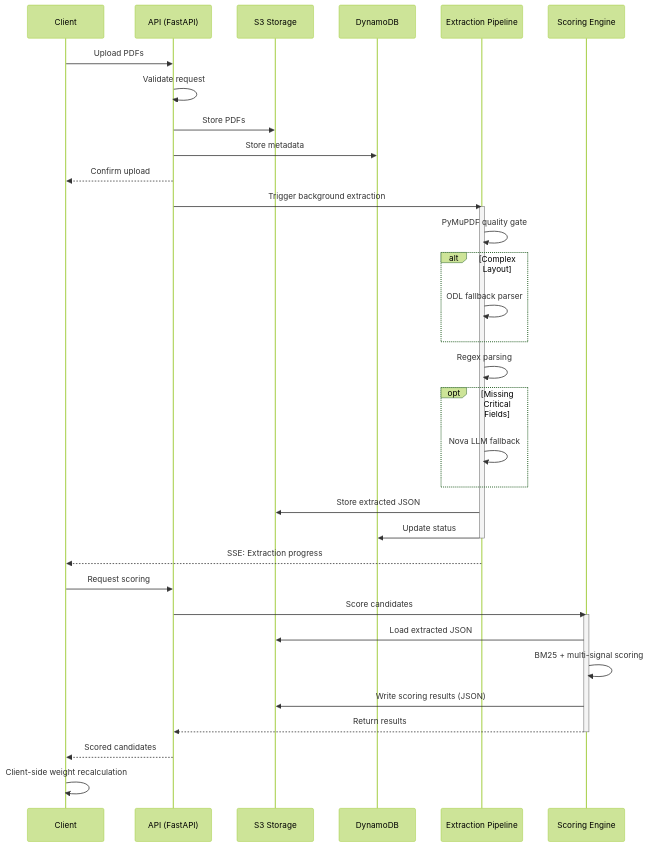
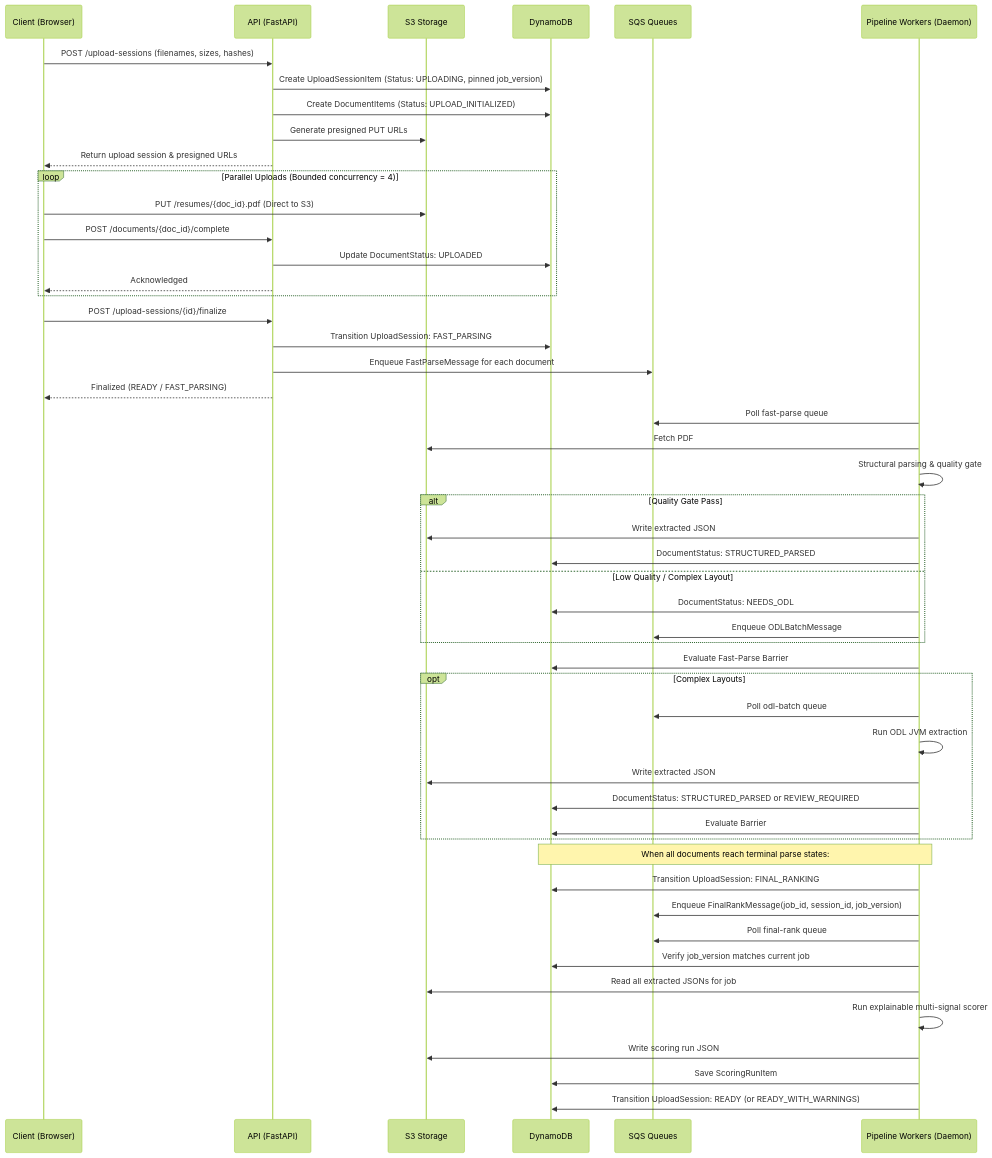
The diagram in docs/v2-release/ARCHITECTURE.md (SGOD-pro/resume_ranker), drawn with Mermaid (forest theme) before and after one commit. The commit also changed other lines of this file and 29 other files, not shown here.

Commit message:
new architecture, but bug

````diff
--- a/docs/v2-release/ARCHITECTURE.md
+++ b/docs/v2-release/ARCHITECTURE.md
@@ -40,48 +49,64 @@
 ```mermaid
 sequenceDiagram
-    participant C as Client
+    participant C as Client (Browser)
     participant A as API (FastAPI)
     participant S3 as S3 Storage
     participant DB as DynamoDB
-    participant E as Extraction Pipeline
-    participant Sc as Scoring Engine
+    participant Q as SQS Queues
+    participant W as Pipeline Workers (Daemon)
 
-    %% 1. Upload
-    C->>A: Upload PDFs
-    A->>A: Validate request
-    A->>S3: Store PDFs
-    A->>DB: Store metadata
-    A-->>C: Confirm upload
+    %% 1. Direct Presigned Upload Session
+    C->>A: POST /upload-sessions (filenames, sizes, hashes)
+    A->>DB: Create UploadSessionItem (Status: UPLOADING, pinned job_version)
+    A->>DB: Create DocumentItems (Status: UPLOAD_INITIALIZED)
+    A->>S3: Generate presigned PUT URLs
+    A-->>C: Return upload session & presigned URLs
 
-    %% 2. Background Extraction
-    A->>E: Trigger background extraction
-    activate E
-    E->>E: PyMuPDF quality gate
-    alt Complex Layout
-        E->>E: ODL fallback parser
+    %% 2. Direct S3 Upload & Completion
+    loop Parallel Uploads (Bounded concurrency = 4)
+        C->>S3: PUT /resumes/{doc_id}.pdf (Direct to S3)
+        C->>A: POST /documents/{doc_id}/complete
+        A->>DB: Update DocumentStatus: UPLOADED
+        A-->>C: Acknowledged
     end
-    E->>E: Regex parsing
-    opt Missing Critical Fields
-        E->>E: Nova LLM fallback
+
+    %% 3. Finalize & Stage 1 Queueing
+    C->>A: POST /upload-sessions/{id}/finalize
+    A->>DB: Transition UploadSession: FAST_PARSING
+    A->>Q: Enqueue FastParseMessage for each document
+    A-->>C: Finalized (READY / FAST_PARSING)
+
+    %% 4. Stage 1: Fast Parse Worker
+    W->>Q: Poll fast-parse queue
+    W->>S3: Fetch PDF
+    W->>W: Structural parsing & quality gate
+    alt Quality Gate Pass
+        W->>S3: Write extracted JSON
+        W->>DB: DocumentStatus: STRUCTURED_PARSED
+    else Low Quality / Complex Layout
+        W->>DB: DocumentStatus: NEEDS_ODL
+        W->>Q: Enqueue ODLBatchMessage
     end
-    E->>S3: Store extracted JSON
-    E->>DB: Update status
-    deactivate E
-    
-    %% SSE update
-    E-->>C: SSE: Extraction progress
+    W->>DB: Evaluate Fast-Parse Barrier
 
-    %% 3. Scoring
-    C->>A: Request scoring
-    A->>Sc: Score candidates
-    activate Sc
-    Sc->>S3: Load extracted JSON
-    Sc->>Sc: BM25 + multi-signal scoring
-    Sc->>S3: Write scoring results (JSON)
-    Sc-->>A: Return results
-    deactivate Sc
+    %% 5. Stage 2: ODL Fallback (if needed)
+    opt Complex Layouts
+        W->>Q: Poll odl-batch queue
+        W->>W: Run ODL JVM extraction
+        W->>S3: Write extracted JSON
+        W->>DB: DocumentStatus: STRUCTURED_PARSED or REVIEW_REQUIRED
+        W->>DB: Evaluate Barrier
+    end
 
-    %% 4. Client-side
-    A-->>C: Scored candidates
-    C->>C: Client-side weight recalculation
+    %% 6. Barrier Synchronization & Stage 3: Final Rank
+    Note over W,DB: When all documents reach terminal parse states:
+    W->>DB: Transition UploadSession: FINAL_RANKING
+    W->>Q: Enqueue FinalRankMessage(job_id, session_id, job_version)
+    W->>Q: Poll final-rank queue
+    W->>DB: Verify job_version matches current job
+    W->>S3: Read all extracted JSONs for job
+    W->>W: Run explainable multi-signal scorer
+    W->>S3: Write scoring run JSON
+    W->>DB: Save ScoringRunItem
+    W->>DB: Transition UploadSession: READY (or READY_WITH_WARNINGS)
 ```
````
